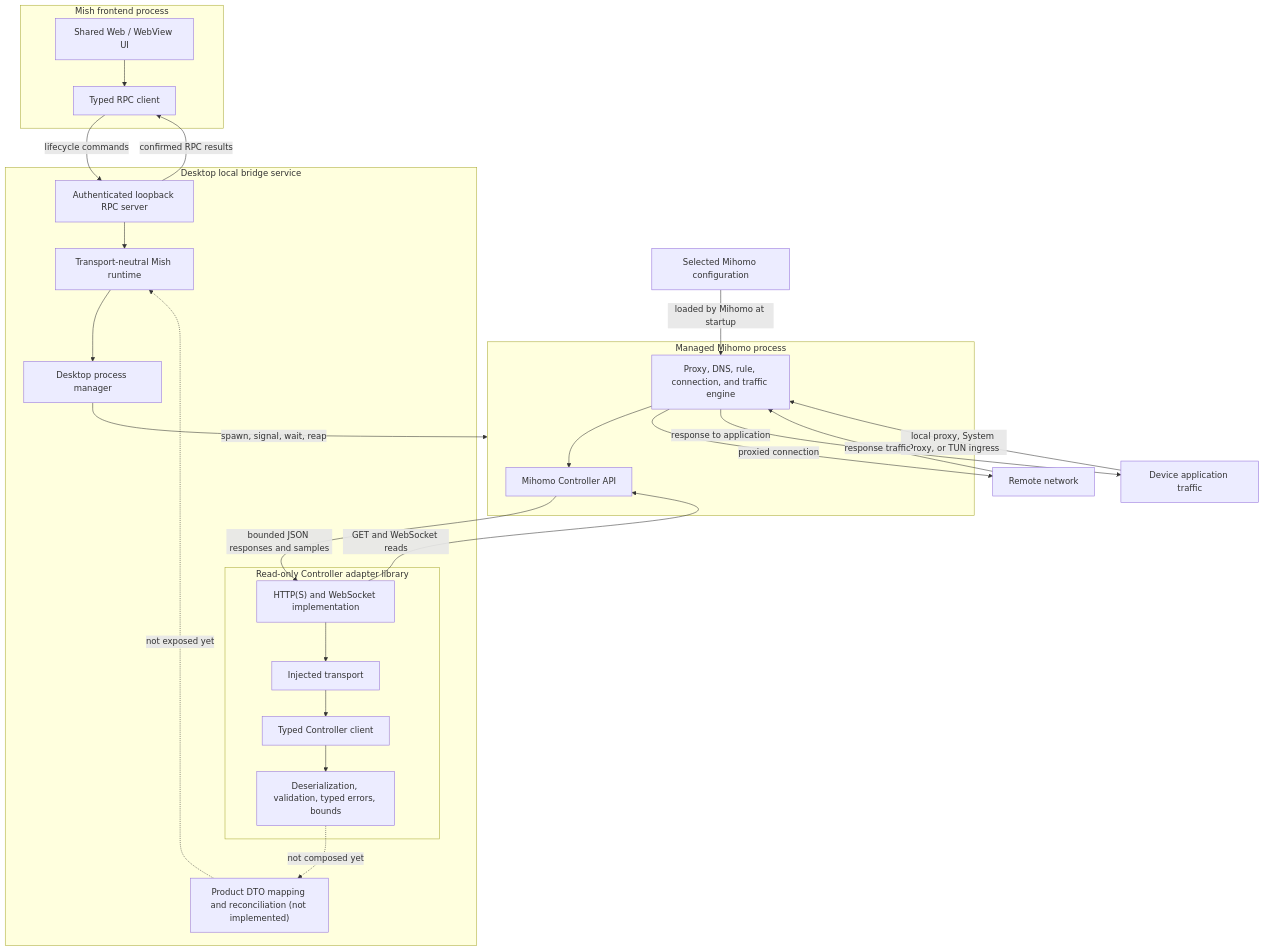
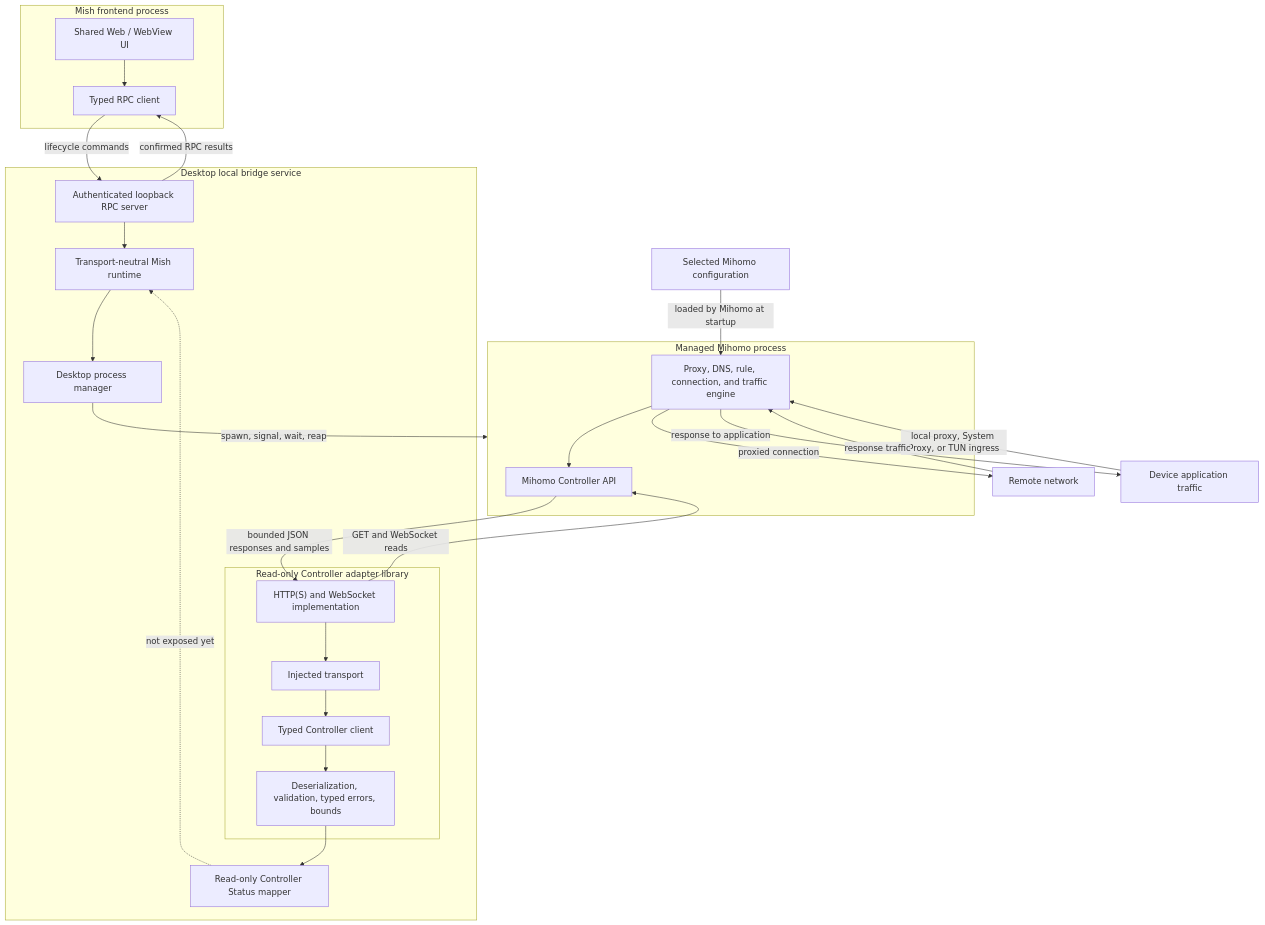
Before and after one commit to Asuka109/mish: the diagram in docs/architecture/mihomo-controller-integration.md, drawn with Mermaid. The commit also changed other lines of this file and 11 other files, not shown here.

Commit message:
Add read-only Mihomo status mapping and runtime data source

````diff
--- a/docs/architecture/mihomo-controller-integration.md
+++ b/docs/architecture/mihomo-controller-integration.md
@@ -37,50 +38,50 @@
 ```mermaid
 flowchart TB
   subgraph Frontend["Mish frontend process"]
     UI["Shared Web / WebView UI"]
     RpcClient["Typed RPC client"]
     UI --> RpcClient
   end
 
   subgraph Bridge["Desktop local bridge service"]
     RpcServer["Authenticated loopback RPC server"]
     Runtime["Transport-neutral Mish runtime"]
     ProcessManager["Desktop process manager"]
-    ProductMapper["Product DTO mapping and reconciliation (not implemented)"]
+    ProductMapper["Read-only Controller Status mapper"]
 
     subgraph AdapterLibrary["Read-only Controller adapter library"]
       ControllerClient["Typed Controller client"]
       Validation["Deserialization, validation, typed errors, bounds"]
       Transport["Injected transport"]
       HttpTransport["HTTP(S) and WebSocket implementation"]
       HttpTransport --> Transport --> ControllerClient --> Validation
     end
 
     RpcServer --> Runtime --> ProcessManager
-    Validation -. "not composed yet" .-> ProductMapper
+    Validation --> ProductMapper
     ProductMapper -. "not exposed yet" .-> Runtime
   end
 
   subgraph Core["Managed Mihomo process"]
     ControllerApi["Mihomo Controller API"]
     ProxyEngine["Proxy, DNS, rule, connection, and traffic engine"]
     ProxyEngine --> ControllerApi
   end
 
   DeviceTraffic["Device application traffic"]
   RemoteNetwork["Remote network"]
   Profile["Selected Mihomo configuration"]
 
   RpcClient -->|"lifecycle commands"| RpcServer
   RpcServer -->|"confirmed RPC results"| RpcClient
   ProcessManager -->|"spawn, signal, wait, reap"| Core
   Profile -->|"loaded by Mihomo at startup"| ProxyEngine
 
   HttpTransport -->|"GET and WebSocket reads"| ControllerApi
   ControllerApi -->|"bounded JSON responses and samples"| HttpTransport
 
   DeviceTraffic -->|"local proxy, System Proxy, or TUN ingress"| ProxyEngine
   ProxyEngine -->|"proxied connection"| RemoteNetwork
   RemoteNetwork -->|"response traffic"| ProxyEngine
   ProxyEngine -->|"response to application"| DeviceTraffic
 ```
````
